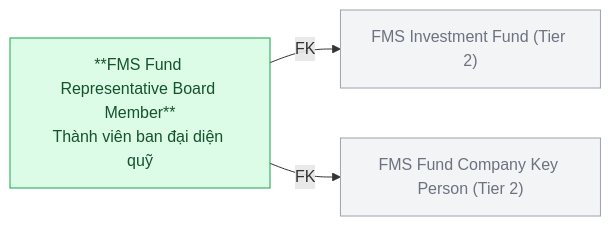
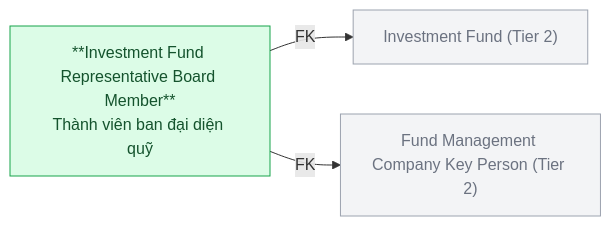
One commit to linhlvit/ubck_atomic_design changed the fourth of 12 diagrams in Silver/hld/FMS_HLD_Tier3.md. Above: the diagram before and after it, drawn with Mermaid. The commit also changed other lines of this file and 32 other files, not shown here.

````diff
--- a/Silver/hld/FMS_HLD_Tier3.md
+++ b/Silver/hld/FMS_HLD_Tier3.md
@@ -105,12 +105,12 @@
 ```mermaid
 graph LR
     classDef silver fill:#dcfce7,stroke:#16a34a,color:#14532d
     classDef refnode fill:#f3f4f6,stroke:#9ca3af,color:#6b7280
 
-    FUND["FMS Investment Fund (Tier 2)"]:::refnode
-    KP["FMS Fund Company Key Person (Tier 2)"]:::refnode
-    REP["**FMS Fund Representative Board Member**\nThành viên ban đại diện quỹ"]:::silver
+    FUND["Investment Fund (Tier 2)"]:::refnode
+    KP["Fund Management Company Key Person (Tier 2)"]:::refnode
+    REP["**Investment Fund Representative Board Member**\nThành viên ban đại diện quỹ"]:::silver
 
     REP -->|FK| FUND
     REP -->|FK| KP
 ```
````
